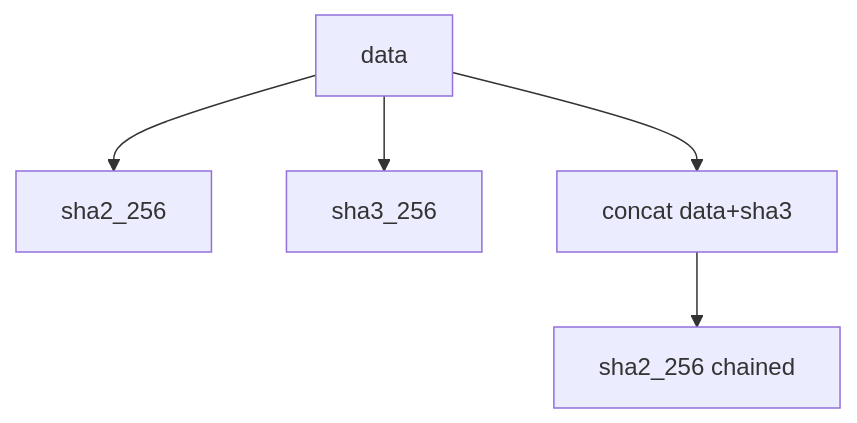
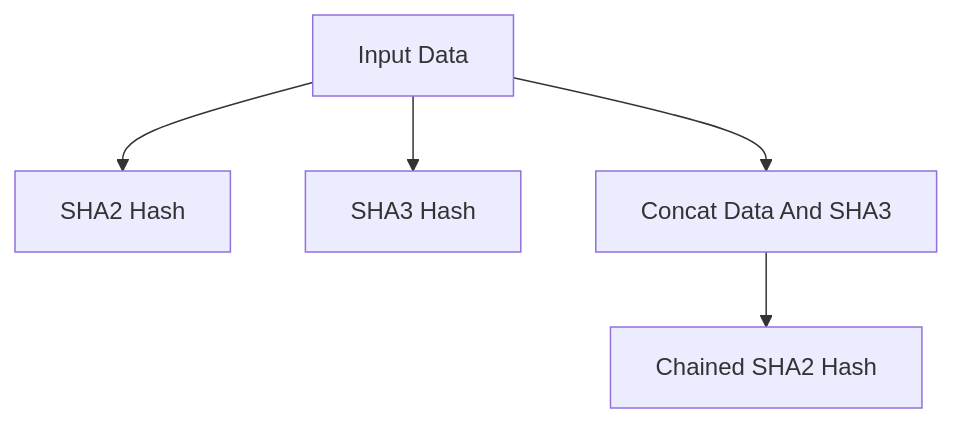
One commit to smshagor-dev/Next-Gen-Blockchain-for-Vehicle-Security changed the first of 33 diagrams in readme.md. Above: the diagram before and after it, drawn with Mermaid. The commit also changed other lines of this file and 5 other files, not shown here.

````diff
--- a/readme.md
+++ b/readme.md
@@ -350,7 +351,7 @@
 ```mermaid
 flowchart TD
-    A[data] --> B[sha2_256]
-    A --> C[sha3_256]
-    A --> D[concat data+sha3]
-    D --> E[sha2_256 chained]
+    A[Input Data] --> B[SHA2 Hash]
+    A --> C[SHA3 Hash]
+    A --> D[Concat Data And SHA3]
+    D --> E[Chained SHA2 Hash]
 ```
````
